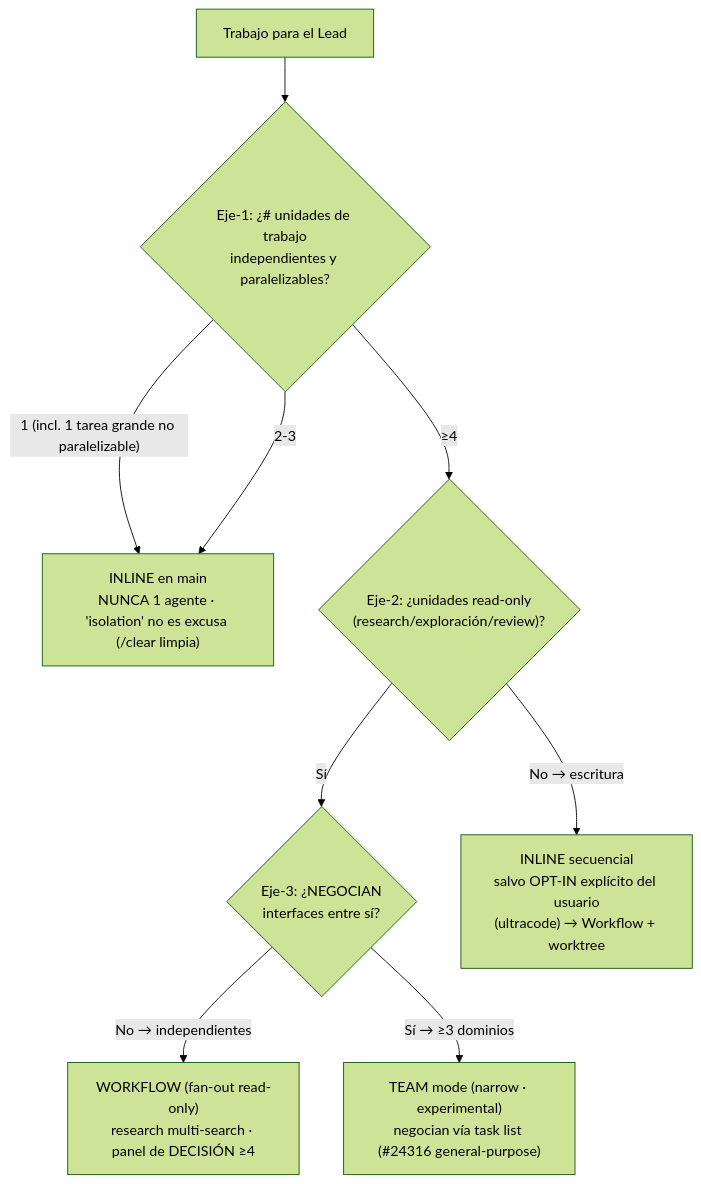
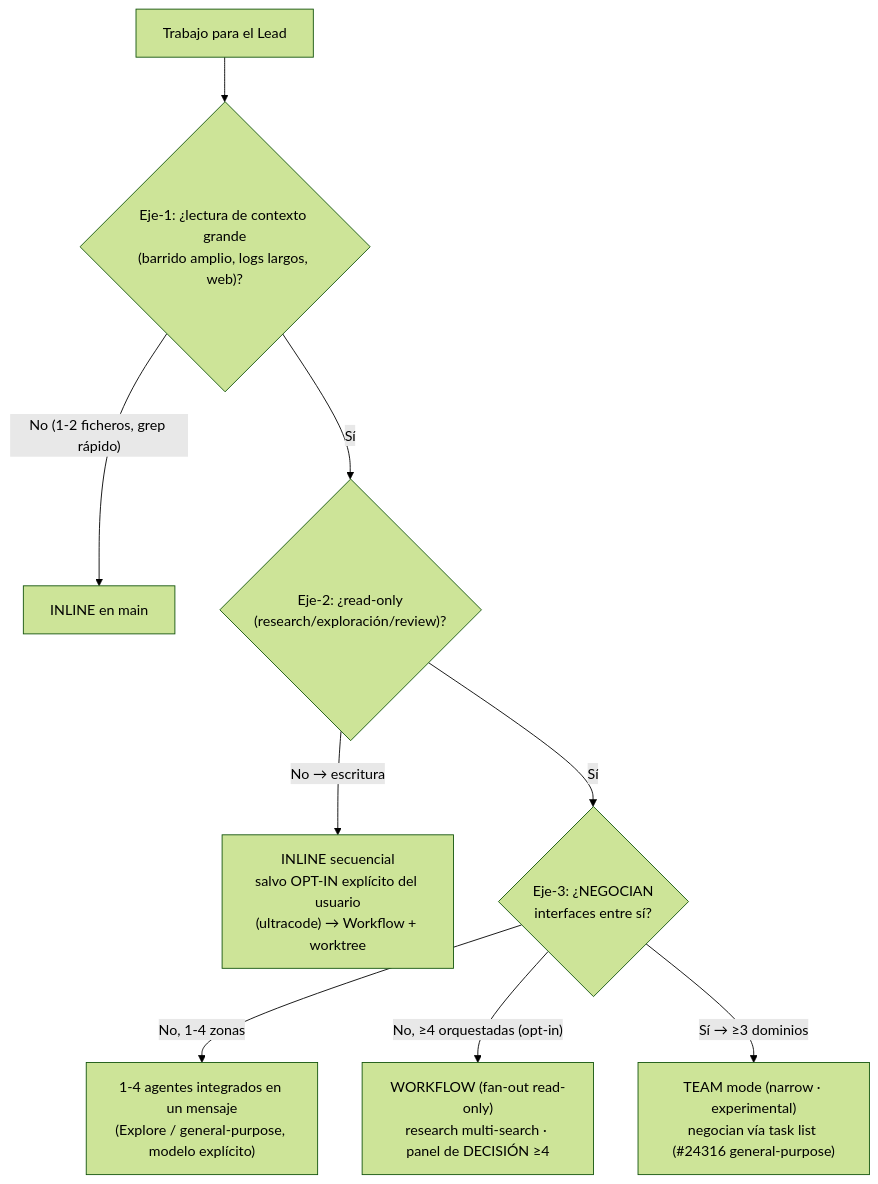
The diagram in .claude/skills/agent-routing/references/10-spawn-decision-tree-diagram.md (MaciWP/poneglyph), drawn with Mermaid (forest theme) before and after one commit. The commit also changed other lines of this file and 15 other files, not shown here.

````diff
--- a/.claude/skills/agent-routing/references/10-spawn-decision-tree-diagram.md
+++ b/.claude/skills/agent-routing/references/10-spawn-decision-tree-diagram.md
@@ -16,11 +16,11 @@
 ```mermaid
 graph TD
-  START["Trabajo para el Lead"] --> CNT{"Eje-1: ¿# unidades de trabajo<br/>independientes y paralelizables?"}
-  CNT -->|"1 (incl. 1 tarea grande no paralelizable)"| INLINE
-  CNT -->|"2-3"| INLINE["INLINE en main<br/>NUNCA 1 agente · 'isolation' no es excusa (/clear limpia)"]
-  CNT -->|"≥4"| RO{"Eje-2: ¿unidades read-only<br/>(research/exploración/review)?"}
+  START["Trabajo para el Lead"] --> BIG{"Eje-1: ¿lectura de contexto grande<br/>(barrido amplio, logs largos, web)?"}
+  BIG -->|"No (1-2 ficheros, grep rápido)"| INLINE["INLINE en main"]
+  BIG -->|"Sí"| RO{"Eje-2: ¿read-only<br/>(research/exploración/review)?"}
+  RO -->|"No → escritura"| OPTIN["INLINE secuencial<br/>salvo OPT-IN explícito del usuario<br/>(ultracode) → Workflow + worktree"]
   RO -->|"Sí"| NAT{"Eje-3: ¿NEGOCIAN<br/>interfaces entre sí?"}
-  RO -->|"No → escritura"| OPTIN["INLINE secuencial<br/>salvo OPT-IN explícito del usuario<br/>(ultracode) → Workflow + worktree"]
-  NAT -->|"No → independientes"| WF["WORKFLOW (fan-out read-only)<br/>research multi-search · panel de DECISIÓN ≥4"]
+  NAT -->|"No, 1-4 zonas"| AG["1-4 agentes integrados en un mensaje<br/>(Explore / general-purpose, modelo explícito)"]
+  NAT -->|"No, ≥4 orquestadas (opt-in)"| WF["WORKFLOW (fan-out read-only)<br/>research multi-search · panel de DECISIÓN ≥4"]
   NAT -->|"Sí → ≥3 dominios"| TEAM["TEAM mode (narrow · experimental)<br/>negocian vía task list (#24316 general-purpose)"]
 ```
````
